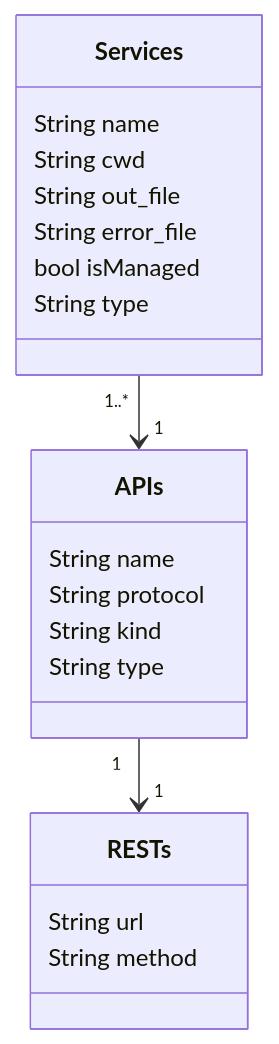
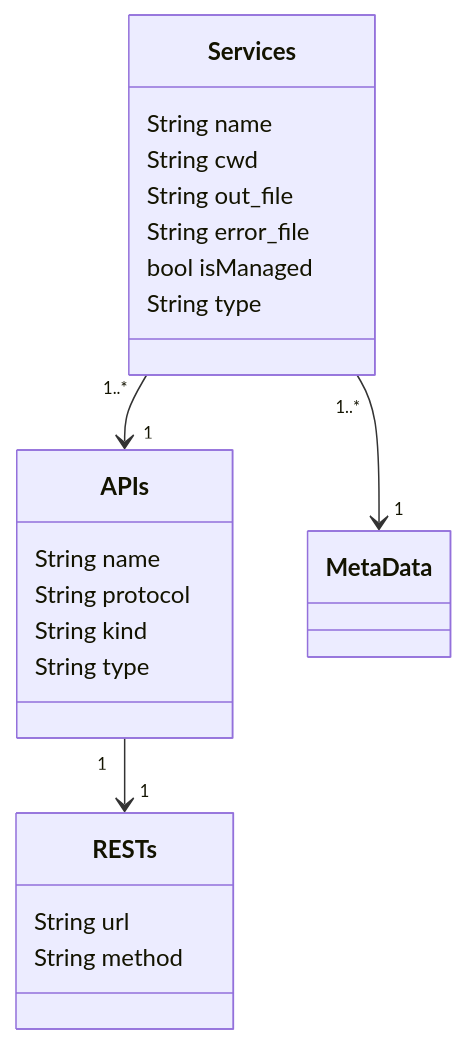
The diagram in docs/raw/Services.md (uysontran/core), drawn with Mermaid before and after one commit. The commit also changed 9 other files, not shown here.

````diff
--- a/docs/raw/Services.md
+++ b/docs/raw/Services.md
@@ -1,23 +1,24 @@
 ```mermaid
 classDiagram
 class Services{
     String name
     String cwd
     String out_file
     String error_file
     bool isManaged
     String type
 }
 class APIs{
     String name
     String protocol
     String kind
     String type
 }
 class RESTs{
     String url
     String method
 }
 Services "1..*" --> "1" APIs
 APIs "1" --> "1" RESTs
+Services "1..*" --> "1" MetaData
 ```
````
